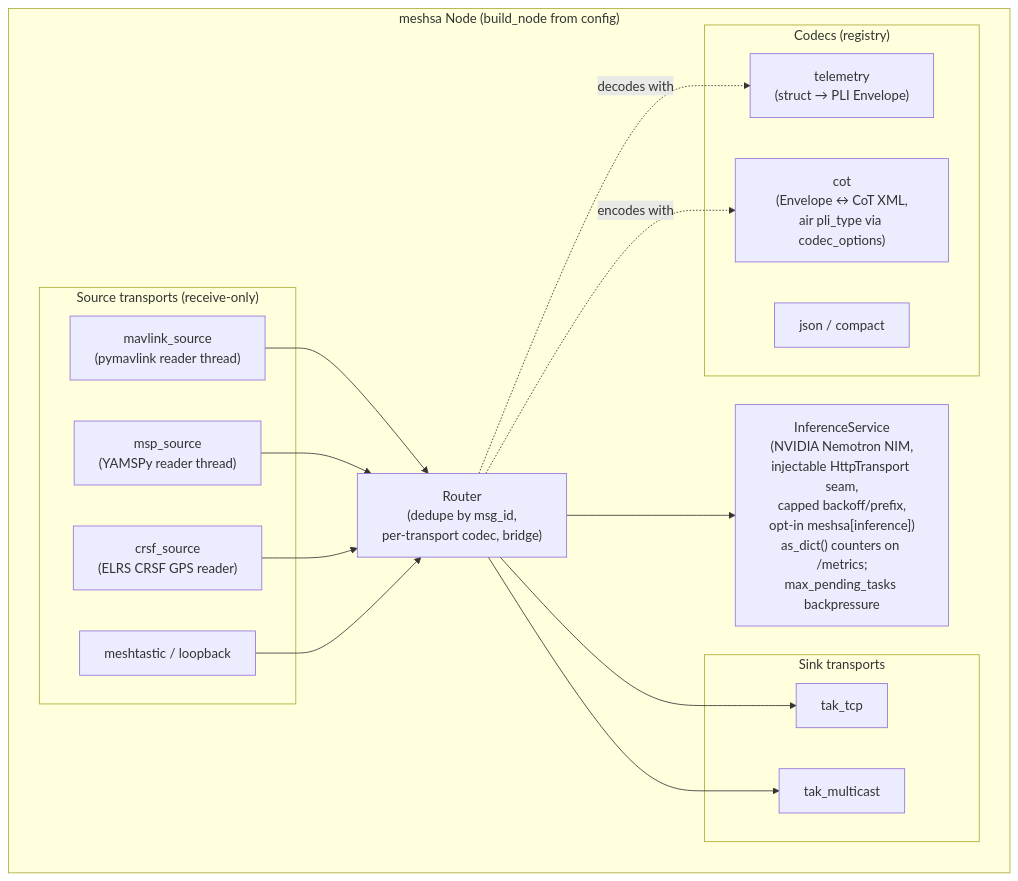
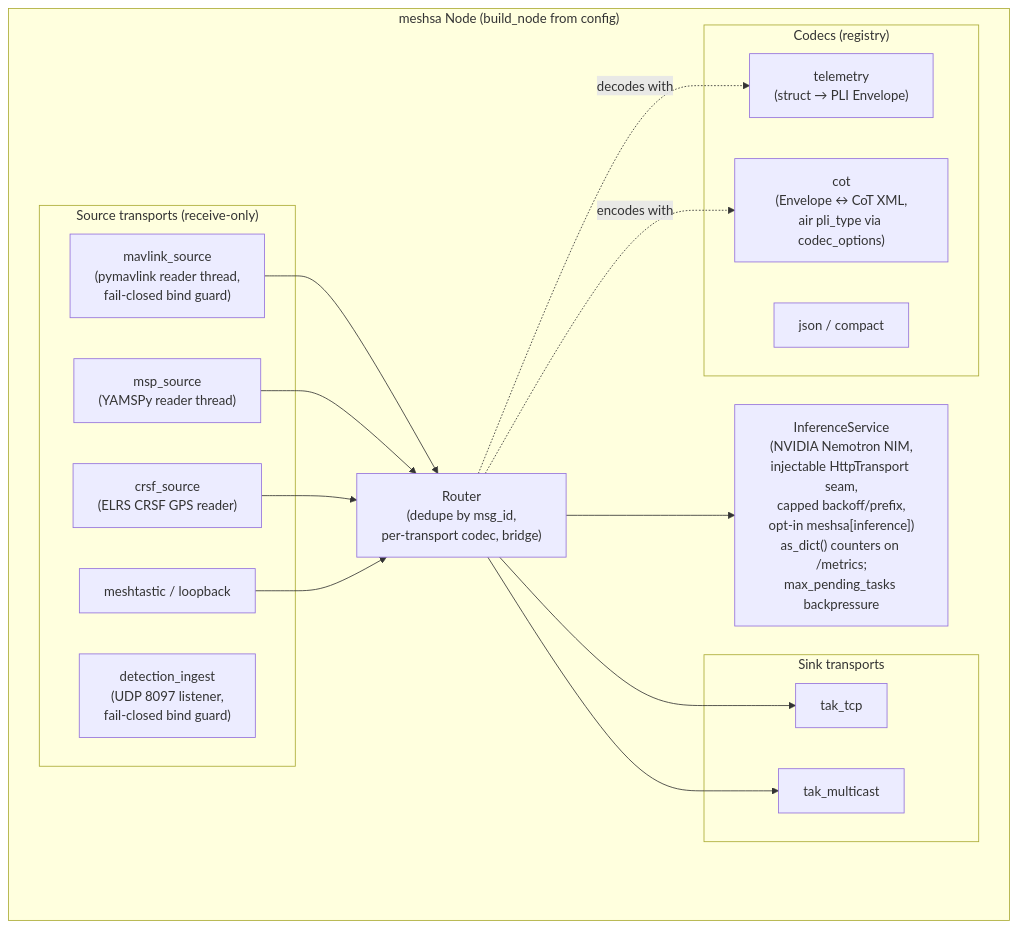
The third of 6 diagrams in docs/C4.md (ianshank/GCP-Drone-Comms-Unit), drawn with Mermaid before and after one commit. The commit also changed 14 other files, not shown here.

````diff
--- a/docs/C4.md
+++ b/docs/C4.md
@@ -57,31 +57,32 @@
 ```mermaid
 flowchart TB
     subgraph node["meshsa Node (build_node from config)"]
         router["Router<br/>(dedupe by msg_id,<br/>per-transport codec, bridge)"]
         subgraph sources["Source transports (receive-only)"]
-            mav["mavlink_source<br/>(pymavlink reader thread)"]
+            mav["mavlink_source<br/>(pymavlink reader thread,<br/>fail-closed bind guard)"]
+            det["detection_ingest<br/>(UDP 8097 listener,<br/>fail-closed bind guard)"]
             msp["msp_source<br/>(YAMSPy reader thread)"]
             crsf["crsf_source<br/>(ELRS CRSF GPS reader)"]
             mtx["meshtastic / loopback"]
         end
         subgraph sinks["Sink transports"]
             taktcp["tak_tcp"]
             takmc["tak_multicast"]
         end
         subgraph codecs["Codecs (registry)"]
             tel["telemetry<br/>(struct → PLI Envelope)"]
             cot["cot<br/>(Envelope ↔ CoT XML,<br/>air pli_type via codec_options)"]
             jsonc["json / compact"]
         end
         mav --> router
         msp --> router
         crsf --> router
         mtx --> router
         router --> taktcp
         router --> takmc
         router -. decodes with .-> tel
         router -. encodes with .-> cot
         infer["InferenceService<br/>(NVIDIA Nemotron NIM,<br/>injectable HttpTransport seam,<br/>capped backoff/prefix,<br/>opt-in meshsa[inference])<br/>as_dict() counters on /metrics;<br/>max_pending_tasks backpressure"]
         router --> infer
     end
 ```
````
